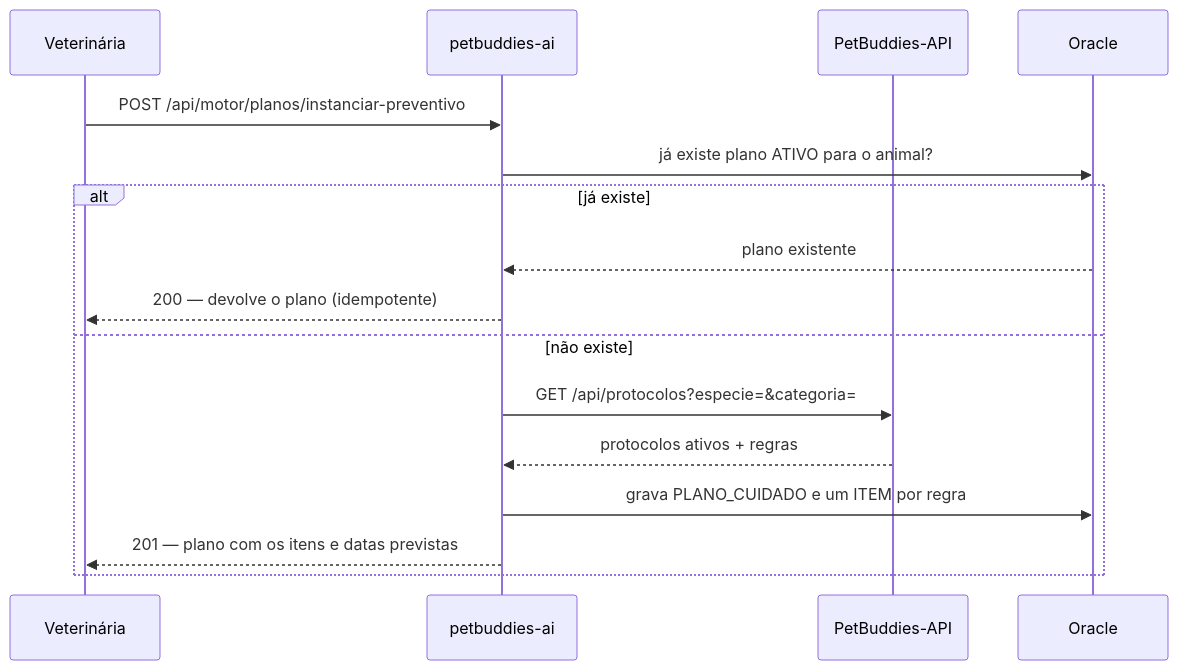
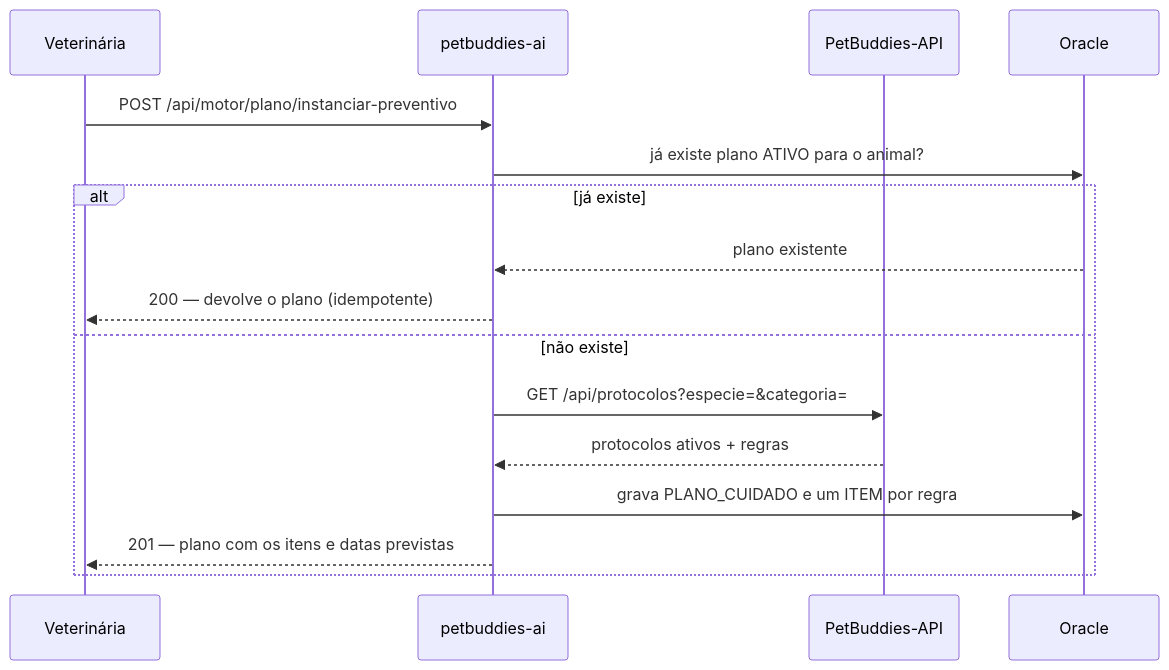
One commit to 3BugBuddies/PetBuddies-AI changed the fourth of 5 diagrams in README.md. Above: the diagram before and after it, drawn with Mermaid. The commit also changed other lines of this file and 16 other files, not shown here.

````diff
--- a/README.md
+++ b/README.md
@@ -305,19 +305,19 @@
 ```mermaid
 sequenceDiagram
     participant V as Veterinária
     participant J as petbuddies-ai
     participant N as PetBuddies-API
     participant DB as Oracle
 
-    V->>J: POST /api/motor/planos/instanciar-preventivo
+    V->>J: POST /api/motor/plano/instanciar-preventivo
     J->>DB: já existe plano ATIVO para o animal?
     alt já existe
         DB-->>J: plano existente
         J-->>V: 200 — devolve o plano (idempotente)
     else não existe
         J->>N: GET /api/protocolos?especie=&categoria=
         N-->>J: protocolos ativos + regras
         J->>DB: grava PLANO_CUIDADO e um ITEM por regra
         J-->>V: 201 — plano com os itens e datas previstas
     end
 ```
````
